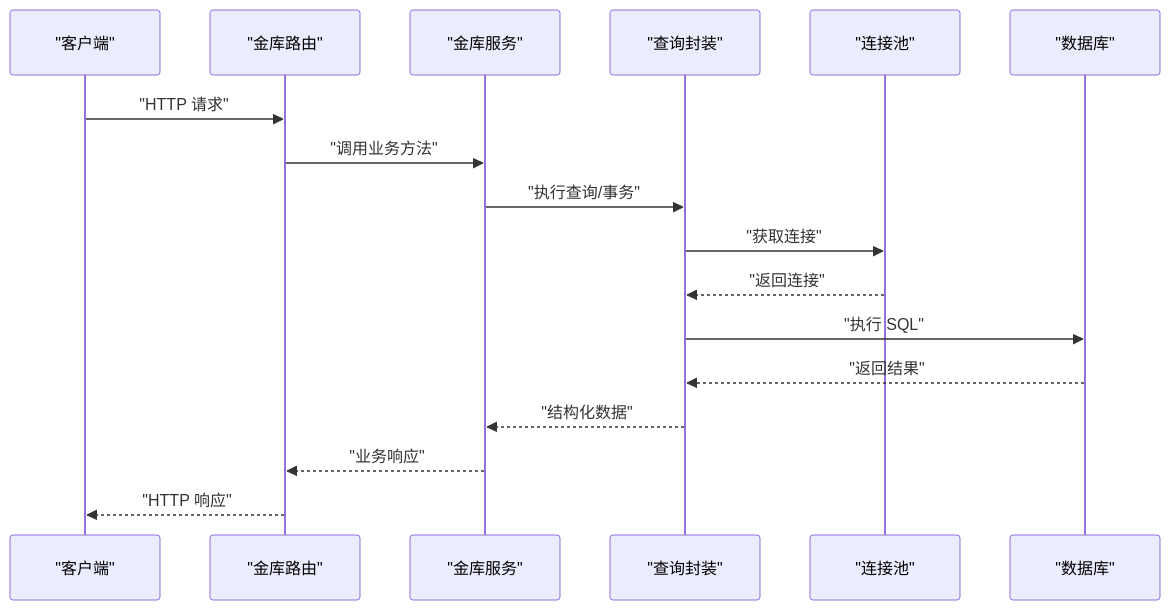
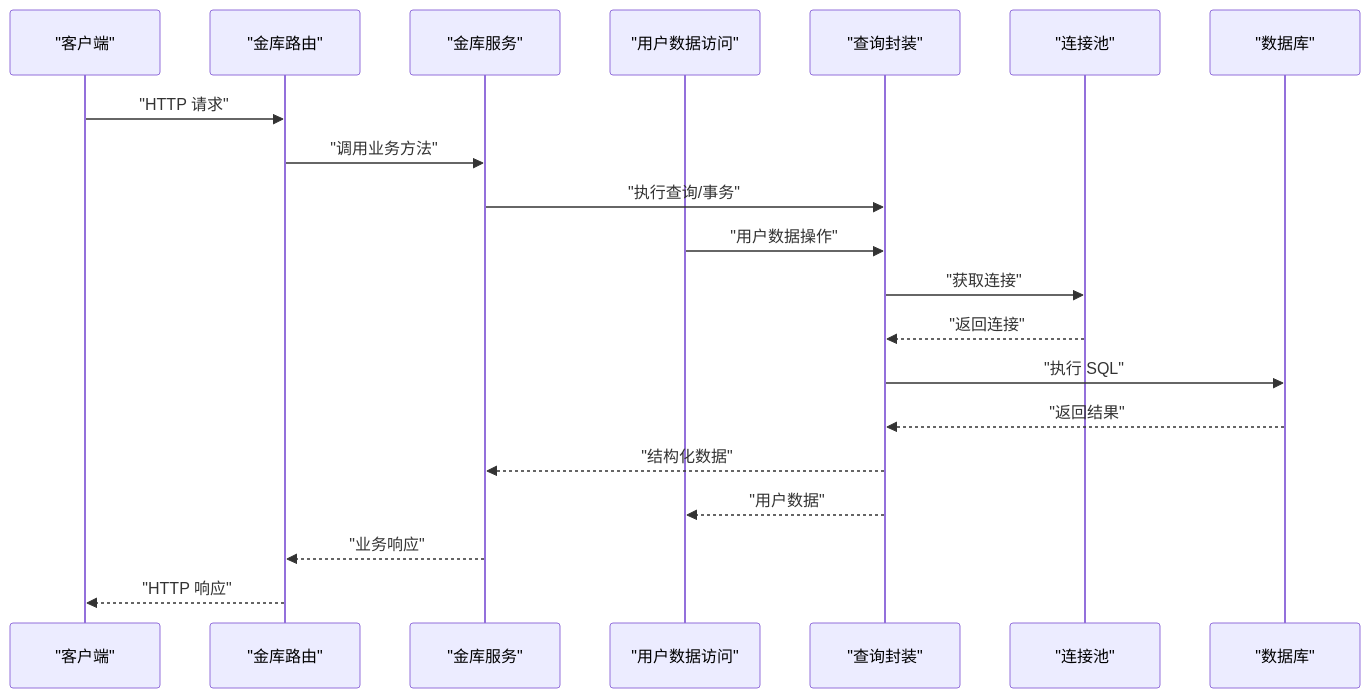
The second of 9 diagrams in .qoder/repowiki/zh/content/数据流与状态管理/数据持久化层.md (Maki3991/study-PactLedger), drawn with Mermaid before and after one commit. The commit also changed other lines of this file and 15 other files, not shown here.

````diff
--- a/.qoder/repowiki/zh/content/数据流与状态管理/数据持久化层.md
+++ b/.qoder/repowiki/zh/content/数据流与状态管理/数据持久化层.md
@@ -101,19 +118,22 @@
 ```mermaid
 sequenceDiagram
 participant Client as "客户端"
 participant Routes as "金库路由"
 participant Service as "金库服务"
+participant WebUsers as "用户数据访问"
 participant Queries as "查询封装"
 participant Pool as "连接池"
 participant DB as "数据库"
 Client->>Routes : "HTTP 请求"
 Routes->>Service : "调用业务方法"
 Service->>Queries : "执行查询/事务"
+WebUsers->>Queries : "用户数据操作"
 Queries->>Pool : "获取连接"
 Pool-->>Queries : "返回连接"
 Queries->>DB : "执行 SQL"
 DB-->>Queries : "返回结果"
 Queries-->>Service : "结构化数据"
+Queries-->>WebUsers : "用户数据"
 Service-->>Routes : "业务响应"
 Routes-->>Client : "HTTP 响应"
 ```
````
